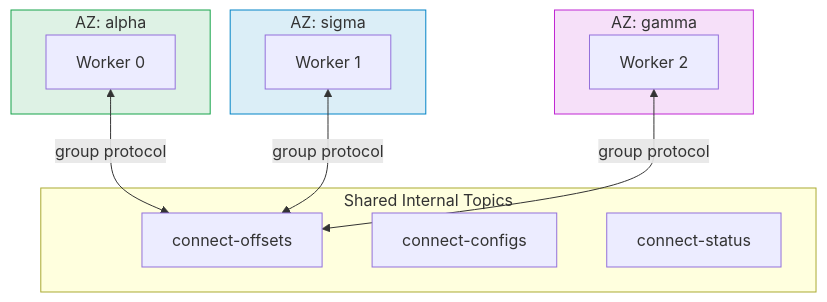
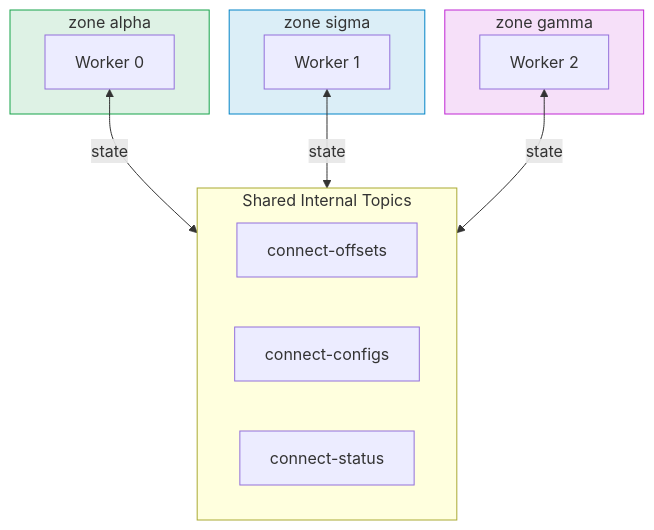
The first of 4 diagrams in docs/book/operating-kafka-connect.md (bmscomp/kates), drawn with Mermaid before and after one commit. The commit also changed other lines of this file and 52 other files, not shown here.

````diff
--- a/docs/book/operating-kafka-connect.md
+++ b/docs/book/operating-kafka-connect.md
@@ -18,31 +16,31 @@
 ```mermaid
 %%| label: fig-okc-stretched-cluster
 %%| fig-cap: "One Connect group spans all three zones and shares one set of internal topics."
-%%| fig-alt: "Three Connect workers, one in each of the zones alpha, sigma and gamma, all exchange group-protocol traffic with the shared connect-offsets topic, which sits beside the connect-configs and connect-status topics."
+%%| fig-alt: "Three Connect workers, one in each of the zones alpha, sigma and gamma, all read and write their state in the shared internal topics connect-offsets, connect-configs and connect-status."
 graph TB
-    subgraph AZ_Alpha["AZ: alpha"]
+    subgraph AZ_Alpha["zone alpha"]
         W0["Worker 0"]
     end
 
-    subgraph AZ_Sigma["AZ: sigma"]
+    subgraph AZ_Sigma["zone sigma"]
         W1["Worker 1"]
     end
 
-    subgraph AZ_Gamma["AZ: gamma"]
+    subgraph AZ_Gamma["zone gamma"]
         W2["Worker 2"]
     end
 
     subgraph Kafka_Internal["Shared Internal Topics"]
         OFF["connect-offsets"]
         CFG["connect-configs"]
         STA["connect-status"]
     end
 
-    W0 <-->|"group protocol"| OFF
-    W1 <-->|"group protocol"| OFF
-    W2 <-->|"group protocol"| OFF
+    W0 <-->|"state"| Kafka_Internal
+    W1 <-->|"state"| Kafka_Internal
+    W2 <-->|"state"| Kafka_Internal
 
     style AZ_Alpha fill:#16a34a24,stroke:#16a34a
     style AZ_Sigma fill:#0284c724,stroke:#0284c7
     style AZ_Gamma fill:#c026d324,stroke:#c026d3
 ```
````
